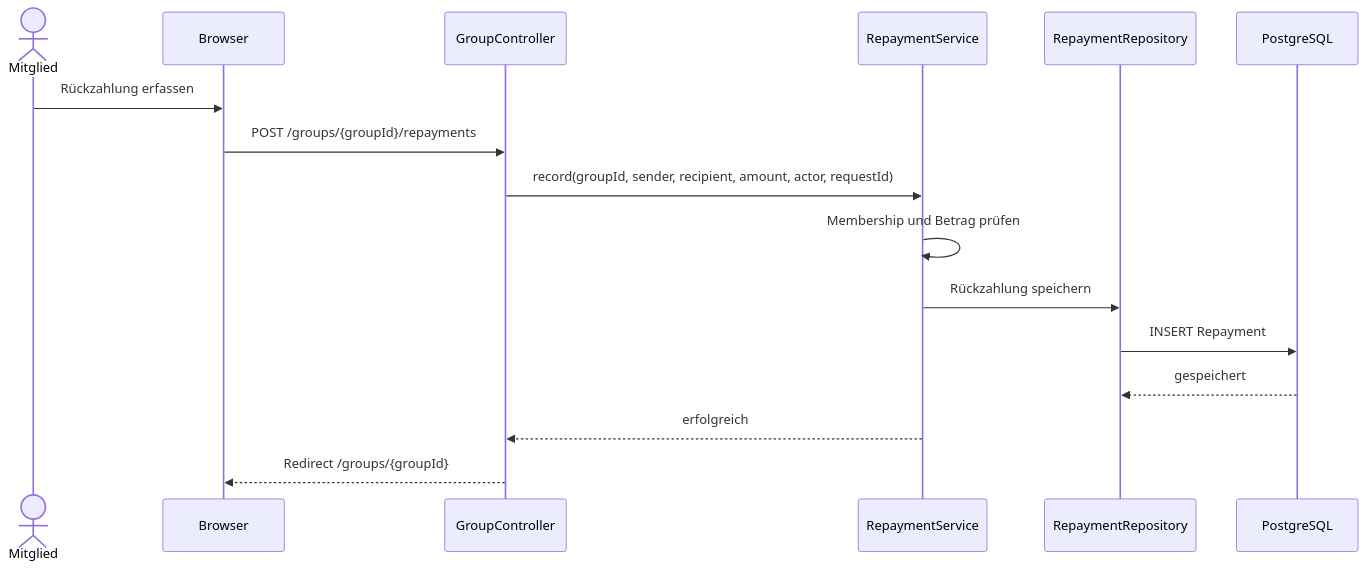
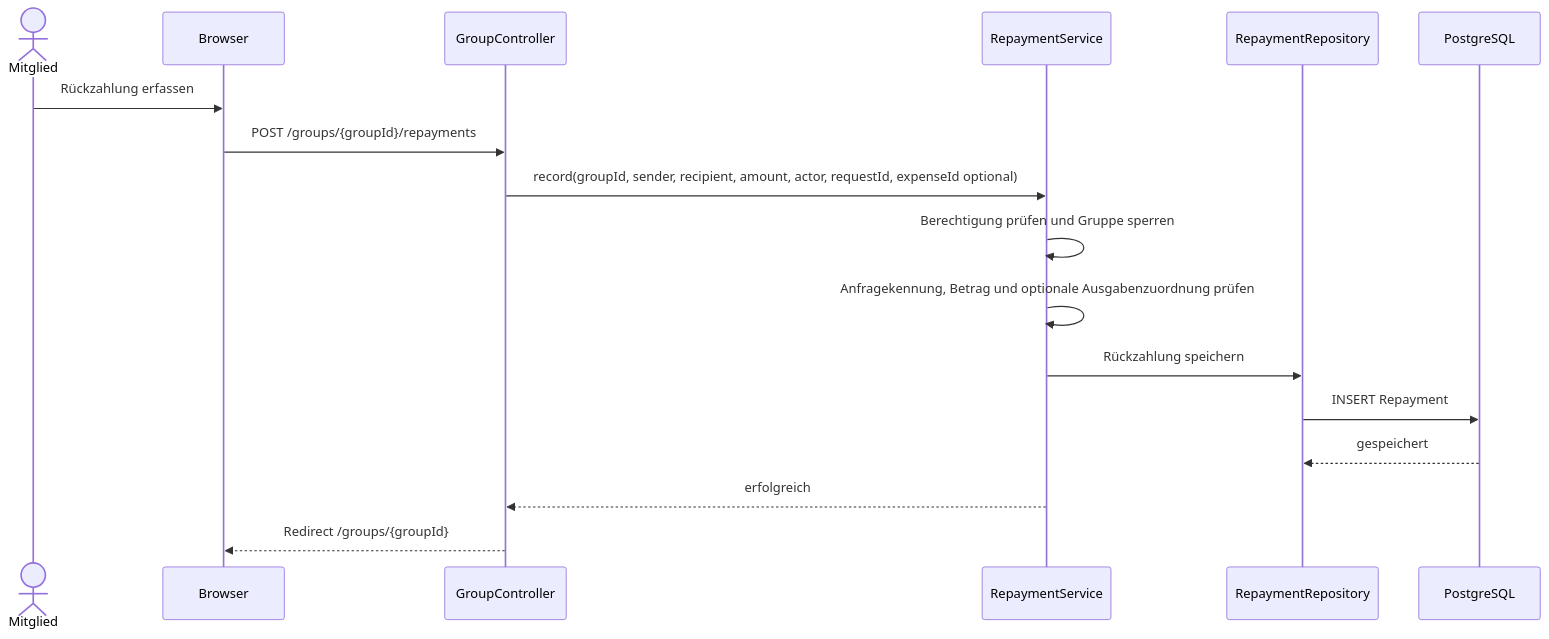
The ninth of 10 diagrams in Architektur/A06-runtime-view.md (Bunyamin0101/WK_1106_CampusSplit), drawn with Mermaid before and after one commit. The commit also changed other lines of this file and 2 other files, not shown here.

Commit message:
docs(architecture): align building blocks and runtime with implementation

````diff
--- a/Architektur/A06-runtime-view.md
+++ b/Architektur/A06-runtime-view.md
@@ -424,19 +423,20 @@
 ```mermaid
 sequenceDiagram
     actor Mitglied
     participant Browser
     participant Controller as GroupController
     participant Service as RepaymentService
     participant Repo as RepaymentRepository
     participant DB as PostgreSQL
 
     Mitglied->>Browser: Rückzahlung erfassen
     Browser->>Controller: POST /groups/{groupId}/repayments
-    Controller->>Service: record(groupId, sender, recipient, amount, actor, requestId)
-    Service->>Service: Membership und Betrag prüfen
+    Controller->>Service: record(groupId, sender, recipient, amount, actor, requestId, expenseId optional)
+    Service->>Service: Berechtigung prüfen und Gruppe sperren
+    Service->>Service: Anfragekennung, Betrag und optionale Ausgabenzuordnung prüfen
     Service->>Repo: Rückzahlung speichern
     Repo->>DB: INSERT Repayment
     DB-->>Repo: gespeichert
     Service-->>Controller: erfolgreich
     Controller-->>Browser: Redirect /groups/{groupId}
 ```
````
